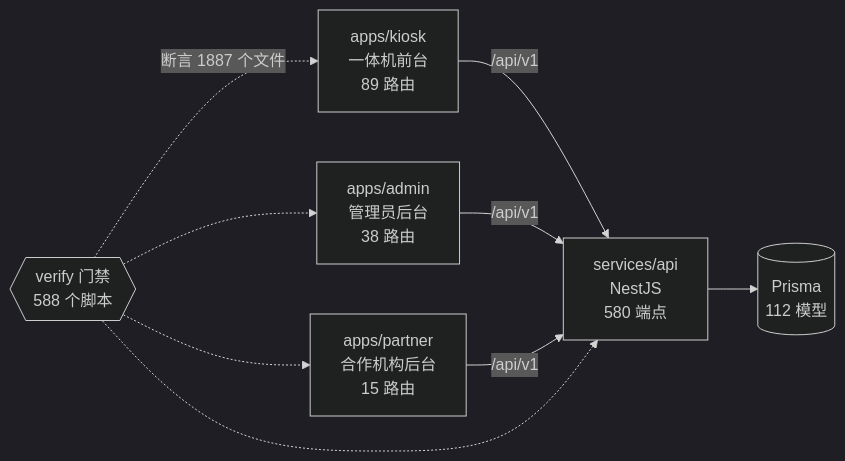
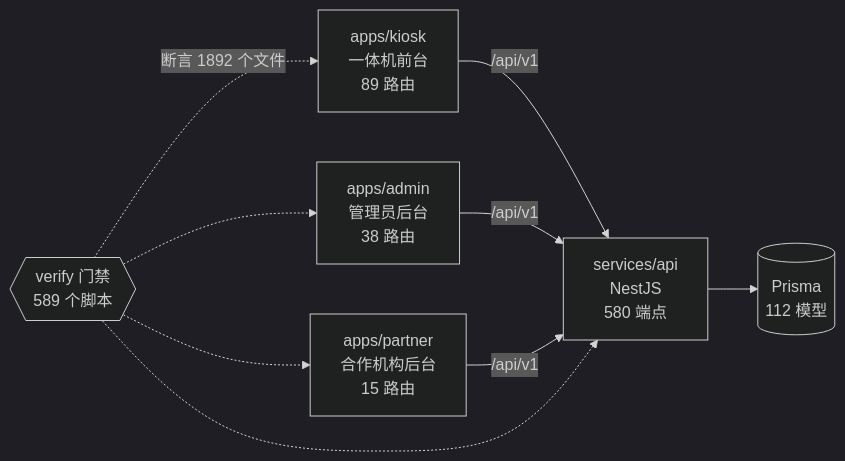
Before and after one commit to wanglei581/YITIJI: the diagram in docs/graph/README.md, drawn with Mermaid (dark theme). The commit also changed other lines of this file and 2 other files, not shown here.

Commit message:
chore(graph): 并候选后重生图谱

````diff
--- a/docs/graph/README.md
+++ b/docs/graph/README.md
@@ -68,18 +68,18 @@
 ```mermaid
 flowchart LR
   kiosk["apps/kiosk<br/>一体机前台<br/>89 路由"]
   admin["apps/admin<br/>管理员后台<br/>38 路由"]
   partner["apps/partner<br/>合作机构后台<br/>15 路由"]
   api["services/api<br/>NestJS<br/>580 端点"]
   db[("Prisma<br/>112 模型")]
-  gates{{"verify 门禁<br/>588 个脚本"}}
+  gates{{"verify 门禁<br/>589 个脚本"}}
 
   kiosk -->|"/api/v1"| api
   admin -->|"/api/v1"| api
   partner -->|"/api/v1"| api
   api --> db
-  gates -.->|"断言 1887 个文件"| kiosk
+  gates -.->|"断言 1892 个文件"| kiosk
   gates -.-> admin
   gates -.-> partner
   gates -.-> api
 ```
````
